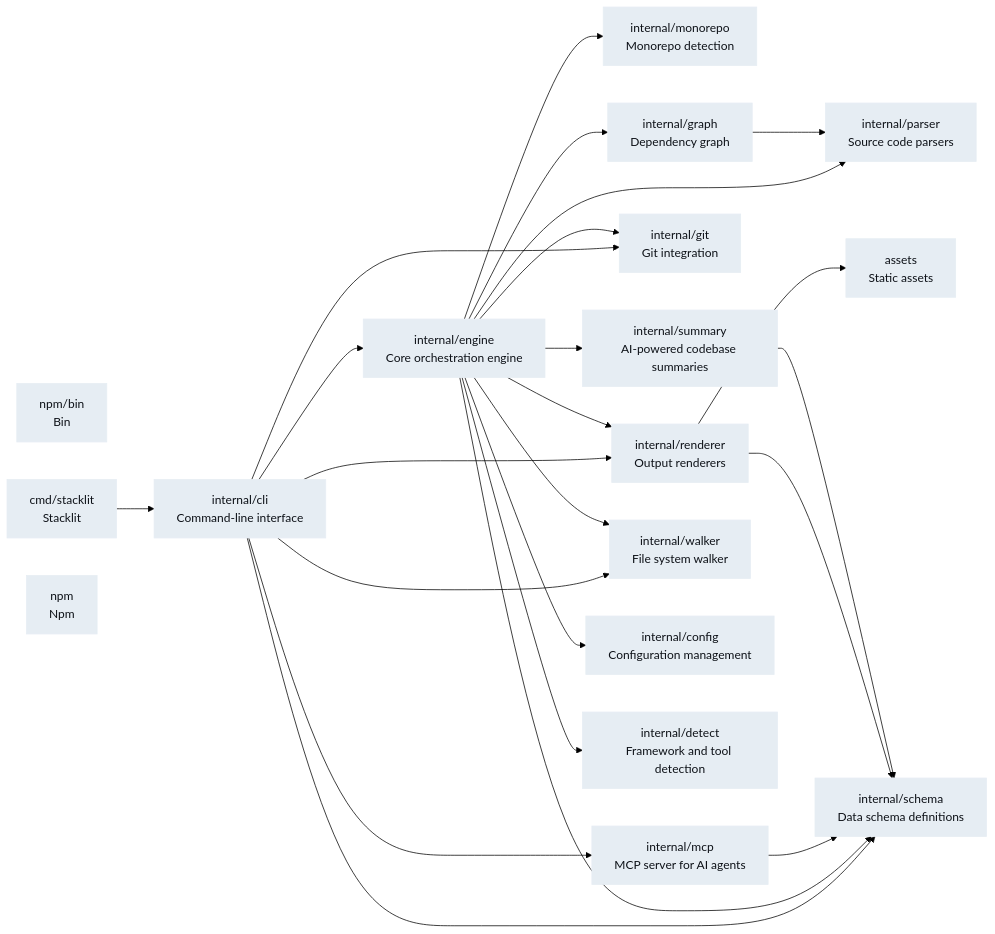
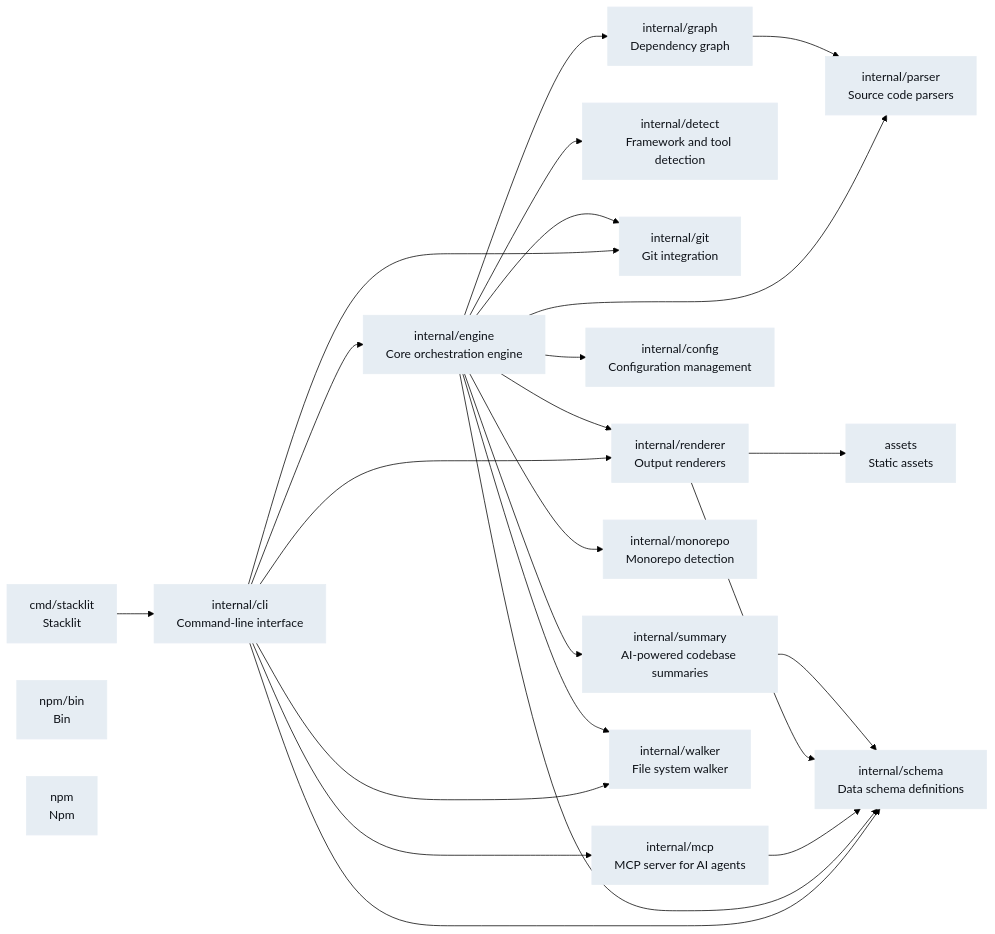
Before and after one commit to atharvasingh7007/stacklit: the diagram in DEPENDENCIES.md, drawn with Mermaid (forest theme). The commit also changed other lines of this file and 23 other files, not shown here.

````diff
--- a/DEPENDENCIES.md
+++ b/DEPENDENCIES.md
@@ -5,48 +5,48 @@
 ```mermaid
 graph LR
-  classDef typescript fill:#c9d1d9,color:#0d1117,stroke:#c9d1d9
-  classDef python fill:#b1bac4,color:#0d1117,stroke:#b1bac4
   classDef rust fill:#a5b3bf,color:#0d1117,stroke:#a5b3bf
   classDef go fill:#e6edf3,color:#0d1117,stroke:#e6edf3
   classDef javascript fill:#c9d1d9,color:#0d1117,stroke:#c9d1d9
   classDef java fill:#8b949e,color:#0d1117,stroke:#8b949e
+  classDef typescript fill:#c9d1d9,color:#0d1117,stroke:#c9d1d9
+  classDef python fill:#b1bac4,color:#0d1117,stroke:#b1bac4
+  internal_summary["internal/summary<br/>AI-powered codebase summaries"]:::go
+  internal_detect["internal/detect<br/>Framework and tool detection"]:::go
   internal_engine["internal/engine<br/>Core orchestration engine"]:::go
-  internal_parser["internal/parser<br/>Source code parsers"]:::go
+  internal_git["internal/git<br/>Git integration"]:::go
+  cmd_stacklit["cmd/stacklit<br/>Stacklit"]:::go
+  internal_cli["internal/cli<br/>Command-line interface"]:::go
+  internal_mcp["internal/mcp<br/>MCP server for AI agents"]:::go
   npm_bin["npm/bin<br/>Bin"]:::go
-  internal_cli["internal/cli<br/>Command-line interface"]:::go
+  assets["assets<br/>Static assets"]:::go
+  internal_config["internal/config<br/>Configuration management"]:::go
+  internal_graph["internal/graph<br/>Dependency graph"]:::go
   internal_monorepo["internal/monorepo<br/>Monorepo detection"]:::go
   internal_renderer["internal/renderer<br/>Output renderers"]:::go
-  cmd_stacklit["cmd/stacklit<br/>Stacklit"]:::go
-  internal_summary["internal/summary<br/>AI-powered codebase summaries"]:::go
-  assets["assets<br/>Static assets"]:::go
-  internal_git["internal/git<br/>Git integration"]:::go
-  internal_graph["internal/graph<br/>Dependency graph"]:::go
-  internal_mcp["internal/mcp<br/>MCP server for AI agents"]:::go
+  npm["npm<br/>Npm"]:::go
+  internal_parser["internal/parser<br/>Source code parsers"]:::go
   internal_schema["internal/schema<br/>Data schema definitions"]:::go
   internal_walker["internal/walker<br/>File system walker"]:::go
-  npm["npm<br/>Npm"]:::go
-  internal_config["internal/config<br/>Configuration management"]:::go
-  internal_detect["internal/detect<br/>Framework and tool detection"]:::go
   cmd_stacklit --> internal_cli
   internal_cli --> internal_engine
   internal_cli --> internal_git
   internal_cli --> internal_mcp
   internal_cli --> internal_renderer
   internal_cli --> internal_schema
   internal_cli --> internal_walker
   internal_engine --> internal_config
   internal_engine --> internal_detect
   internal_engine --> internal_git
   internal_engine --> internal_graph
   internal_engine --> internal_monorepo
   internal_engine --> internal_parser
   internal_engine --> internal_renderer
   internal_engine --> internal_schema
   internal_engine --> internal_summary
   internal_engine --> internal_walker
   internal_graph --> internal_parser
   internal_mcp --> internal_schema
   internal_renderer --> assets
   internal_renderer --> internal_schema
   internal_summary --> internal_schema
 ```
````
